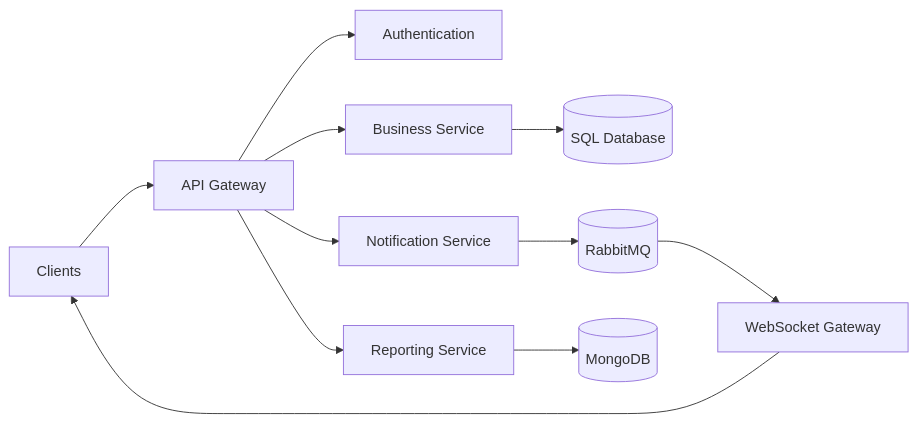
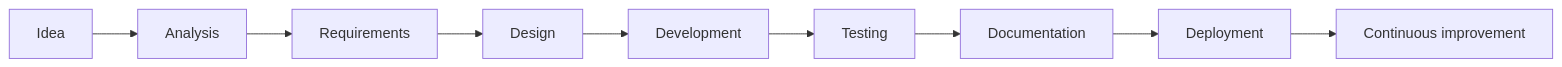
One commit to Josepfazt/josepfazt changed the first of 2 diagrams in README.md. Above: the diagram before and after it, drawn with Mermaid. The commit also changed other lines of this file, not shown here.

````diff
--- a/README.md
+++ b/README.md
@@ -166,15 +284,11 @@
 ```mermaid
 flowchart LR
-    C[Clients] --> G[API Gateway]
-    G --> A[Authentication]
-    G --> S1[Business Service]
-    G --> S2[Notification Service]
-    G --> S3[Reporting Service]
-
-    S1 --> DB1[(SQL Database)]
-    S2 --> MQ[(RabbitMQ)]
-    S3 --> DB2[(MongoDB)]
-
-    MQ --> WS[WebSocket Gateway]
-    WS --> C
+    A[Idea] --> B[Analysis]
+    B --> C[Requirements]
+    C --> D[Design]
+    D --> E[Development]
+    E --> F[Testing]
+    F --> G[Documentation]
+    G --> H[Deployment]
+    H --> I[Continuous improvement]
 ```
````
